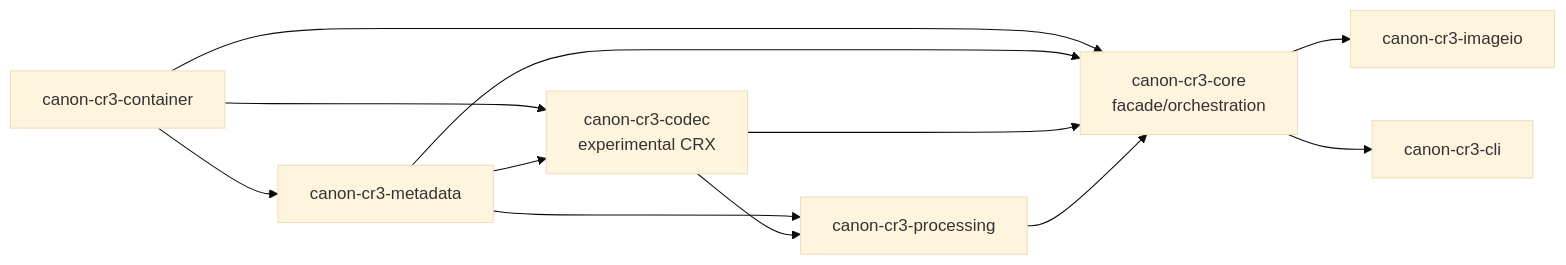
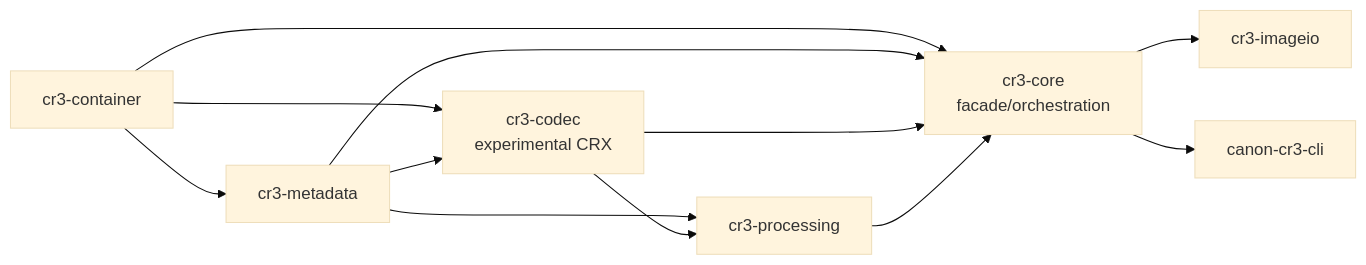
The second of 2 diagrams in docs/developer/architecture.md (carstenartur/Photographer), drawn with Mermaid (base theme) before and after one commit. The commit also changed other lines of this file and 53 other files, not shown here.

````diff
--- a/docs/developer/architecture.md
+++ b/docs/developer/architecture.md
@@ -138,22 +138,22 @@
 ```mermaid
 graph LR
-    CONTAINER[canon-cr3-container]
-    META[canon-cr3-metadata]
-    CODEC[canon-cr3-codec\nexperimental CRX]
-    PROCESS[canon-cr3-processing]
-    CORE[canon-cr3-core\nfacade/orchestration]
-    IMAGEIO[canon-cr3-imageio]
+    CONTAINER[cr3-container]
+    META[cr3-metadata]
+    CODEC[cr3-codec\nexperimental CRX]
+    PROCESS[cr3-processing]
+    CORE[cr3-core\nfacade/orchestration]
+    IMAGEIO[cr3-imageio]
     CLI[canon-cr3-cli]
 
     CONTAINER --> META
     CONTAINER --> CODEC
     META --> CODEC
     META --> PROCESS
     CODEC --> PROCESS
     CONTAINER --> CORE
     META --> CORE
     CODEC --> CORE
     PROCESS --> CORE
     CORE --> IMAGEIO
     CORE --> CLI
 ```
````
